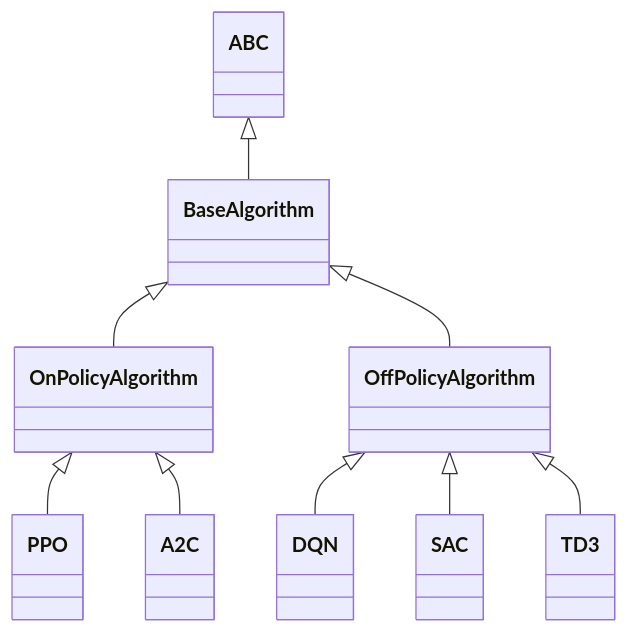
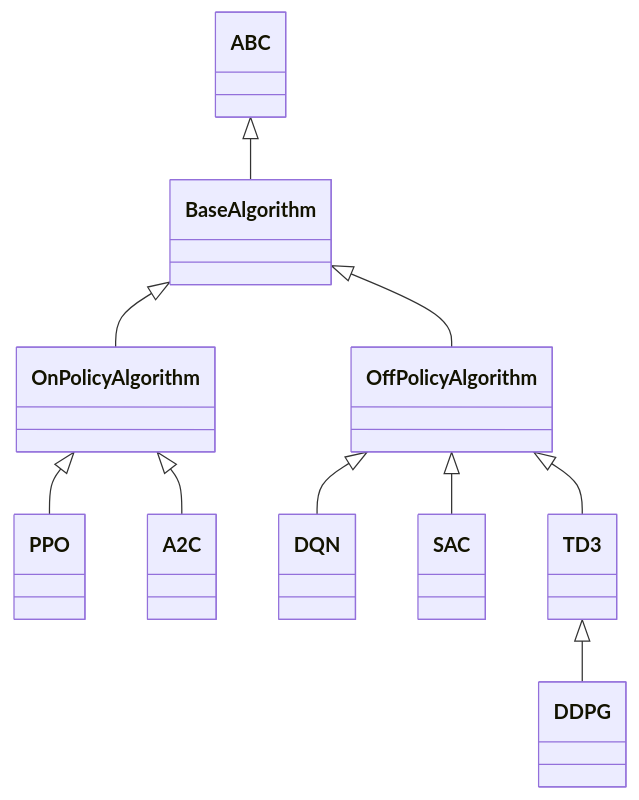
Before and after one commit to ARG-NCTU/oop-python-nycu: the first of 6 diagrams in docs/sb3-class-diagram.md, drawn with Mermaid. The commit also changed other lines of this file, not shown here.

````diff
--- a/docs/sb3-class-diagram.md
+++ b/docs/sb3-class-diagram.md
@@ -54,13 +7,15 @@
 ```mermaid
 classDiagram
     ABC <|-- BaseAlgorithm
     BaseAlgorithm <|-- OnPolicyAlgorithm
     BaseAlgorithm <|-- OffPolicyAlgorithm
 
     OnPolicyAlgorithm <|-- PPO
     OnPolicyAlgorithm <|-- A2C
 
     OffPolicyAlgorithm <|-- DQN
     OffPolicyAlgorithm <|-- SAC
     OffPolicyAlgorithm <|-- TD3
+
+    TD3 <|-- DDPG
 ```
````
